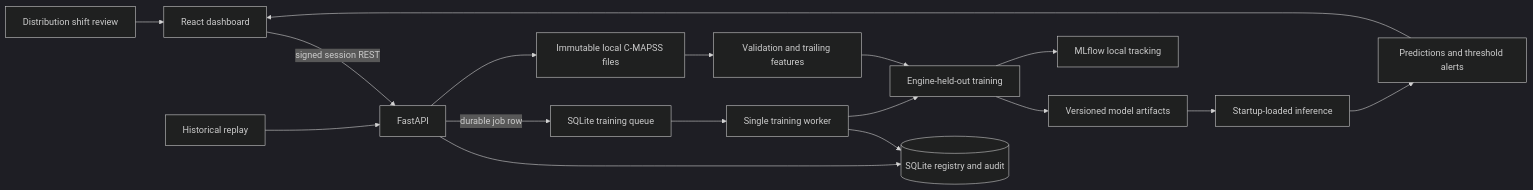
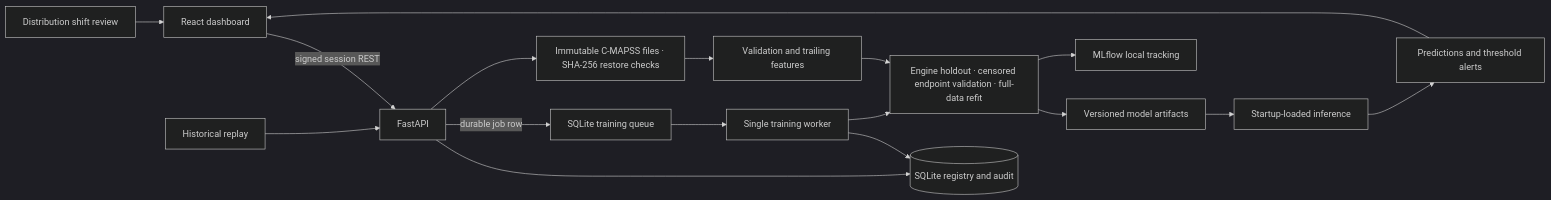
The diagram in docs/architecture.md (Jithendra-coder/FailureCast), drawn with Mermaid (dark theme) before and after one commit. The commit also changed other lines of this file and 48 other files, not shown here.

````diff
--- a/docs/architecture.md
+++ b/docs/architecture.md
@@ -3,19 +3,19 @@
 ```mermaid
 flowchart LR
   UI[React dashboard] -->|signed session REST| API[FastAPI]
   API --> DB[(SQLite registry and audit)]
   API -->|durable job row| QUEUE[SQLite training queue]
   QUEUE --> WORKER[Single training worker]
   WORKER --> DB
-  WORKER --> TRAIN[Engine-held-out training]
-  API --> RAW[Immutable local C-MAPSS files]
+  WORKER --> TRAIN[Engine holdout · censored endpoint validation · full-data refit]
+  API --> RAW[Immutable C-MAPSS files · SHA-256 restore checks]
   RAW --> PIPE[Validation and trailing features]
   PIPE --> TRAIN
   TRAIN --> ART[Versioned model artifacts]
   TRAIN --> MLF[MLflow local tracking]
   ART --> INF[Startup-loaded inference]
   REPLAY[Historical replay] --> API
   INF --> PRED[Predictions and threshold alerts]
   PRED --> UI
   MON[Distribution shift review] --> UI
 ```
````
